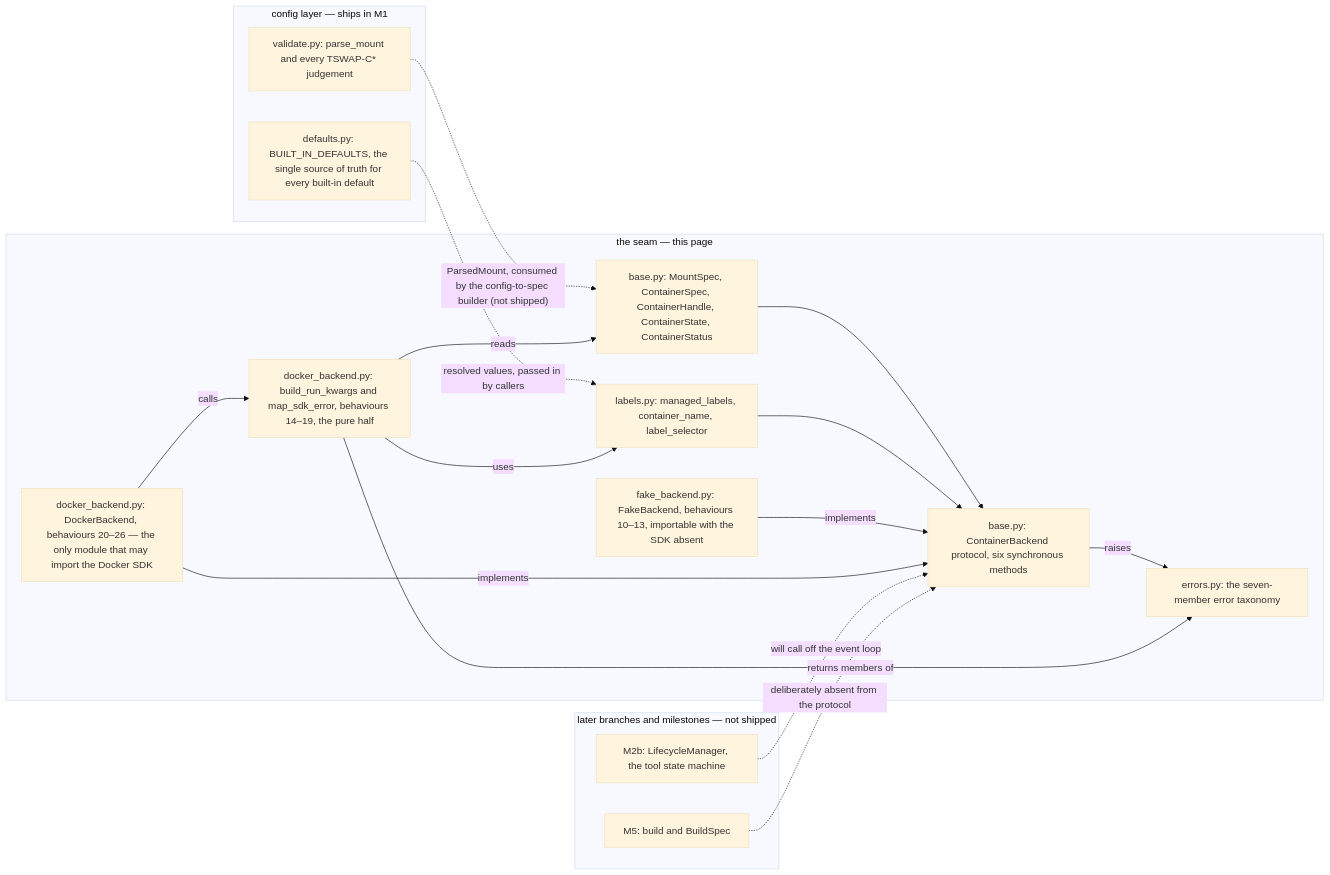
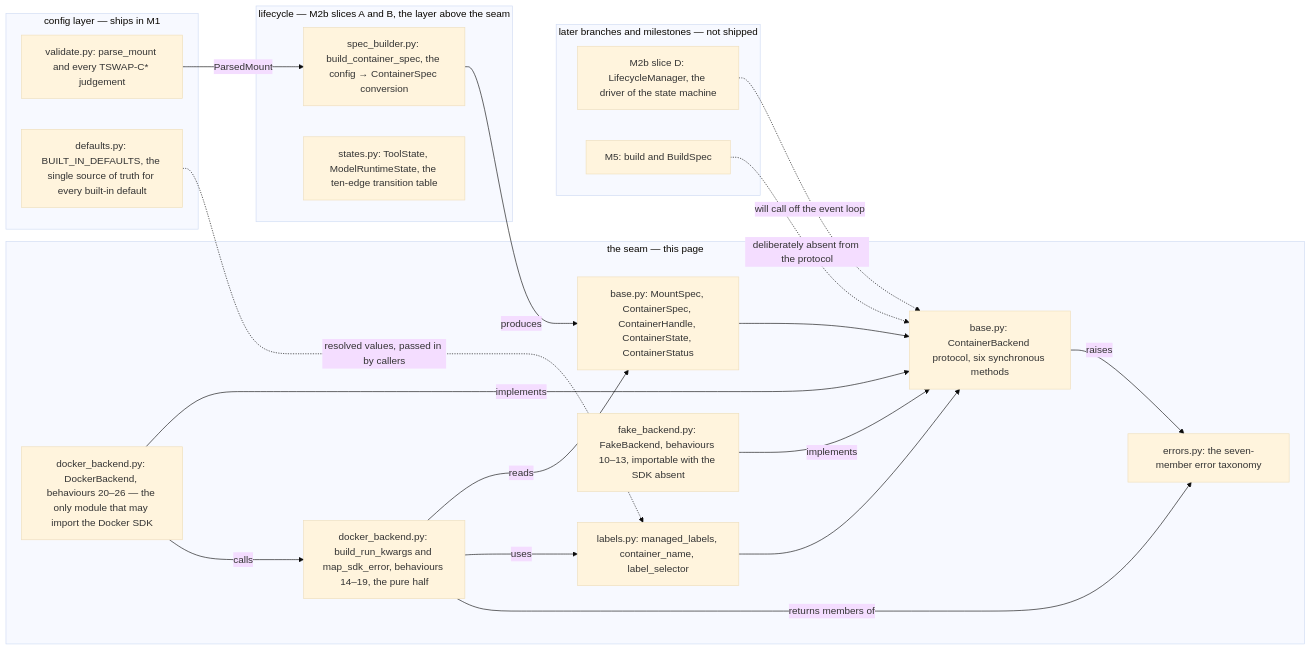
One commit to iar3-r8/tool-swap changed the diagram in docs/backend-seam.md. Above: the diagram before and after it, drawn with Mermaid (base theme). The commit also changed other lines of this file and 15 other files, not shown here.

First line of the commit message:
M2b part 1 — the config to ContainerSpec builder (#14)

````diff
--- a/docs/backend-seam.md
+++ b/docs/backend-seam.md
@@ -33,33 +46,38 @@
 ```mermaid
 flowchart LR
     subgraph cfg[config layer — ships in M1]
         VAL[validate.py: parse_mount and every TSWAP-C* judgement]
         DEF[defaults.py: BUILT_IN_DEFAULTS, the single source of truth for every built-in default]
     end
     subgraph seam[the seam — this page]
         TYPES[base.py: MountSpec, ContainerSpec, ContainerHandle, ContainerState, ContainerStatus]
         HELPER[labels.py: managed_labels, container_name, label_selector]
         PROTO[base.py: ContainerBackend protocol, six synchronous methods]
         ERR[errors.py: the seven-member error taxonomy]
         FAKE[fake_backend.py: FakeBackend, behaviours 10–13, importable with the SDK absent]
         DOCK[docker_backend.py: DockerBackend, behaviours 20–26 — the only module that may import the Docker SDK]
         DOCKT[docker_backend.py: build_run_kwargs and map_sdk_error, behaviours 14–19, the pure half]
     end
+    subgraph lifc[lifecycle — M2b slices A and B, the layer above the seam]
+        SPEC[spec_builder.py: build_container_spec, the config → ContainerSpec conversion]
+        STATES[states.py: ToolState, ModelRuntimeState, the ten-edge transition table]
+    end
     subgraph future[later branches and milestones — not shipped]
-        LIFE[M2b: LifecycleManager, the tool state machine]
+        LIFE[M2b slice D: LifecycleManager, the driver of the state machine]
         BLD[M5: build and BuildSpec]
     end
-    VAL -. "ParsedMount, consumed by the config-to-spec builder (not shipped)" .-> TYPES
+    VAL -->|ParsedMount| SPEC
+    SPEC -->|produces| TYPES
     DEF -. "resolved values, passed in by callers" .-> HELPER
     TYPES --> PROTO
     HELPER --> PROTO
     PROTO -->|raises| ERR
     FAKE -->|implements| PROTO
     DOCK -->|implements| PROTO
     DOCK -->|calls| DOCKT
     DOCKT -->|reads| TYPES
     DOCKT -->|uses| HELPER
     DOCKT -->|returns members of| ERR
     LIFE -.->|will call off the event loop| PROTO
     BLD -.->|deliberately absent from the protocol| PROTO
 ```
````
